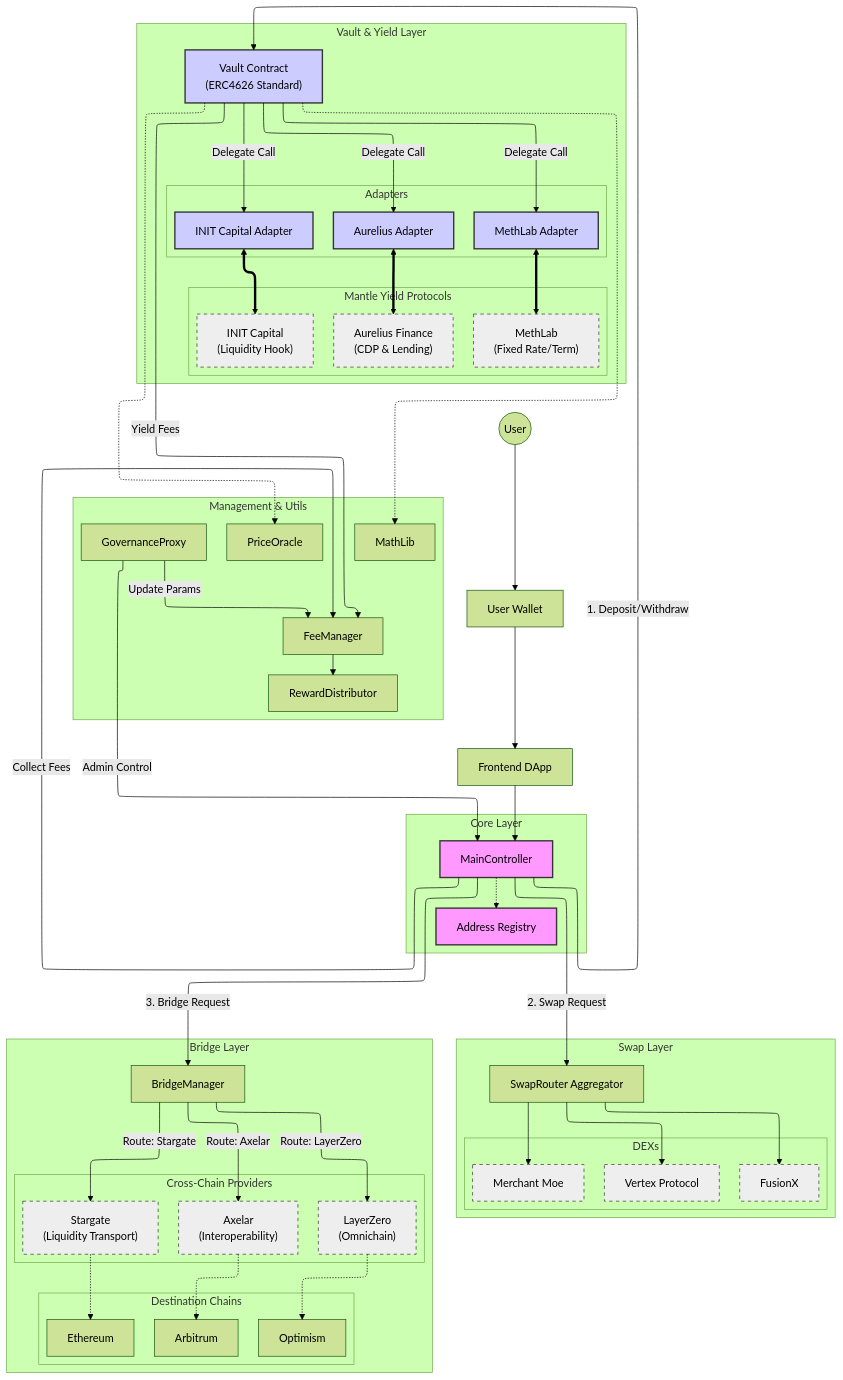
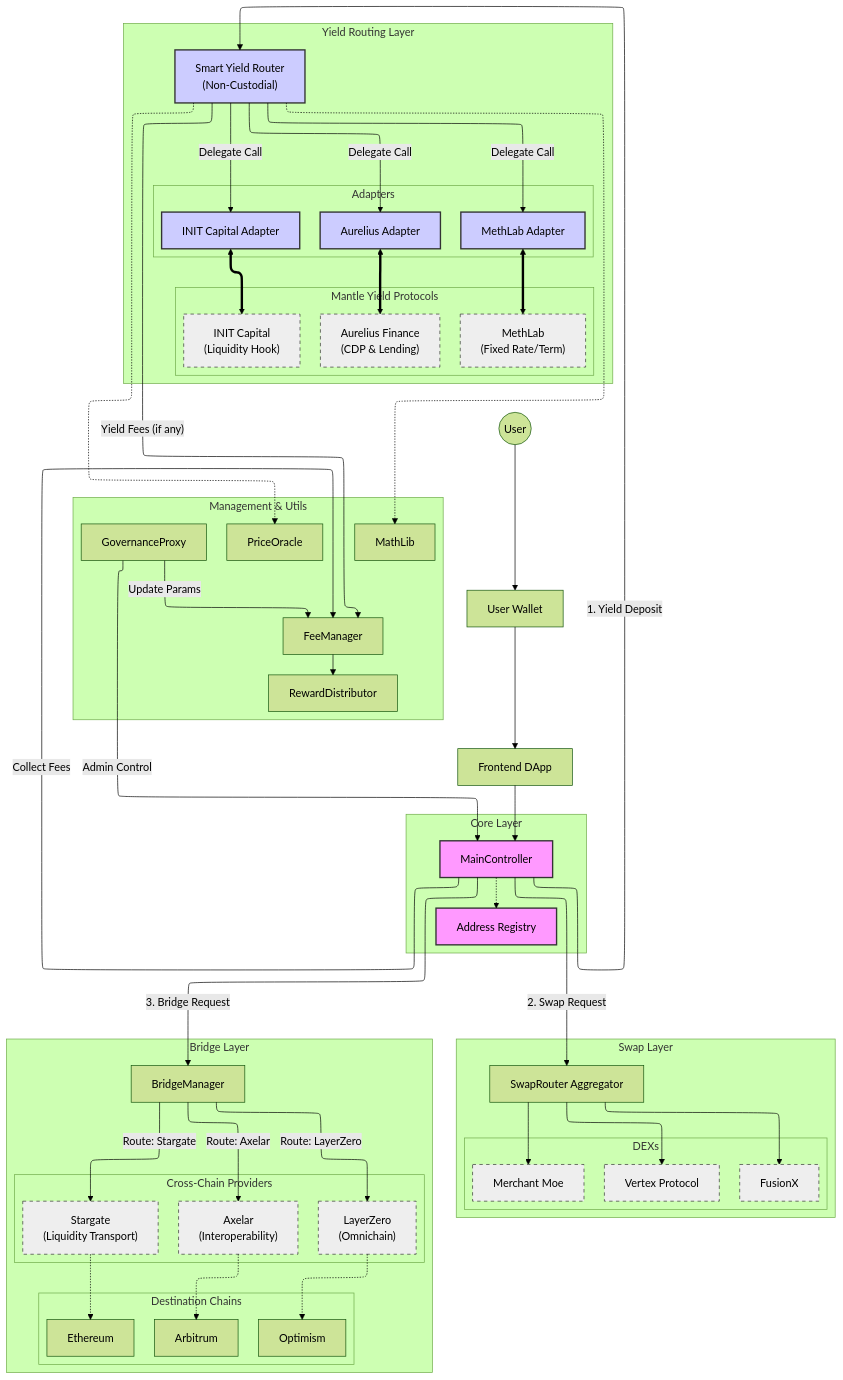
One commit to TilepMony-Project/smartcontract changed the diagram in smart_contract_architecture.md. Above: the diagram before and after it, drawn with Mermaid (forest theme). The commit also changed other lines of this file, not shown here.

Commit message:
refactor: replace Vault & Yield Layer with Smart Yield Router for non-custodial yield routing and update documentation

```diff
--- a/smart_contract_architecture.md
+++ b/smart_contract_architecture.md
@@ -27,8 +27,8 @@
         ProtoMeth["MethLab <br>(Fixed Rate/Term)"]
         ProtoAurelius["Aurelius Finance <br>(CDP &amp; Lending)"]
   end
- subgraph subGraph3["Vault & Yield Layer"]
-        Vault["Vault Contract <br>(ERC4626 Standard)"]
+ subgraph subGraph3["Yield Routing Layer"]
+        Router["Smart Yield Router <br>(Non-Custodial)"]
         Adapters
         subGraph2
   end
@@ -66,12 +66,12 @@
     User(("User")) --> Wallet["User Wallet"]
     Wallet --> Frontend["Frontend DApp"]
     Frontend --> Controller
-    Controller -- "1. Deposit/Withdraw" --> Vault
+    Controller -- "1. Yield Deposit" --> Router
     Controller -- "2. Swap Request" --> SwapRouter
     Controller -- "3. Bridge Request" --> BridgeMgr
     Controller -.-> Registry
-    Vault -- Delegate Call --> AdptInit & AdptMeth & AdptAurelius
-    Vault -.-> Oracle & Math
+    Router -- Delegate Call --> AdptInit & AdptMeth & AdptAurelius
+    Router -.-> Oracle & Math
     AdptInit <==> ProtoInit
     AdptMeth <==> ProtoMeth
     AdptAurelius <==> ProtoAurelius
@@ -83,14 +83,14 @@
     Axelar -.-> ChainArb
     L0 -.-> ChainOp
     Controller -- Collect Fees --> FeeMgr
-    Vault -- Yield Fees --> FeeMgr
+    Router -- Yield Fees (if any) --> FeeMgr
     FeeMgr --> RewardDist
     Gov -- Admin Control --> Controller
     Gov -- Update Params --> FeeMgr
 
      Controller:::core
      Registry:::core
-     Vault:::vault
+     Router:::vault
      AdptInit:::vault
      AdptMeth:::vault
      AdptAurelius:::vault
```
